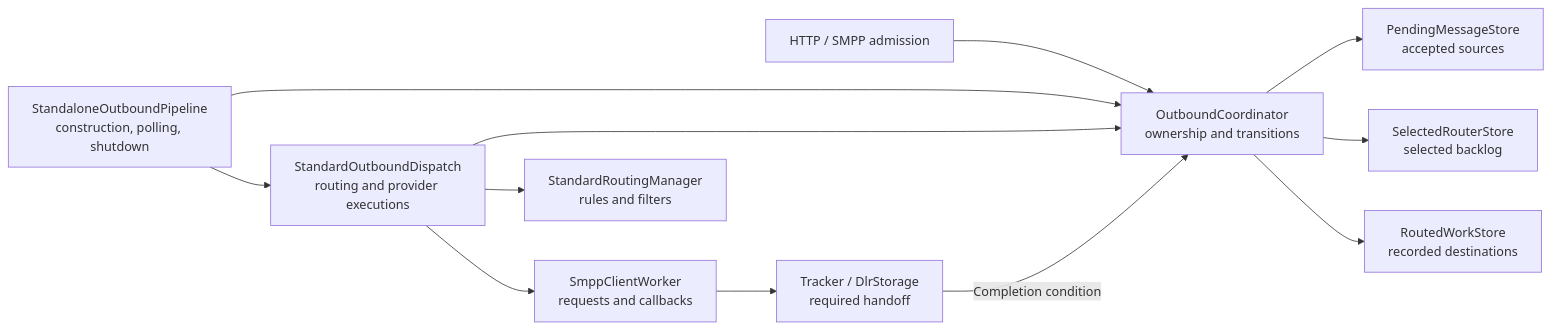
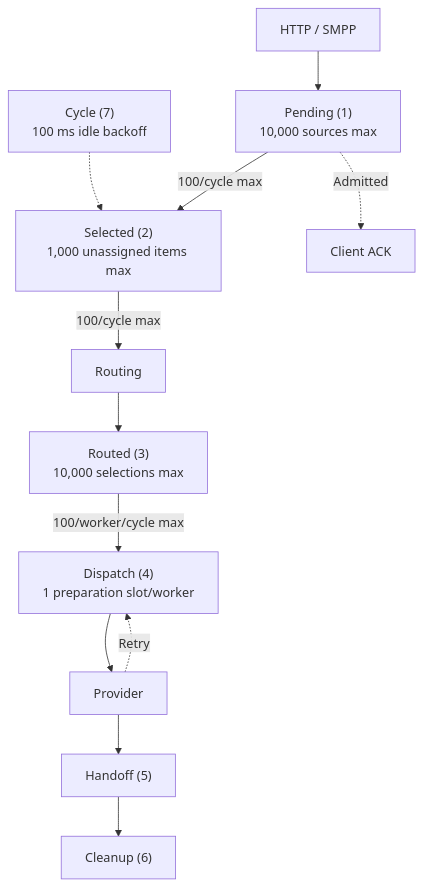
The first of 4 diagrams in docs/14-outbound-storage.md (cytechmobile/sendium), drawn with Mermaid before and after one commit. The commit also changed other lines of this file, not shown here.

Commit message:
docs: clarify outbound storage flow and stage limits

````diff
--- a/docs/14-outbound-storage.md
+++ b/docs/14-outbound-storage.md
@@ -16,14 +17,15 @@
 ```mermaid
-flowchart LR
-    ingress["HTTP / SMPP admission"] --> coordinator["OutboundCoordinator<br/>ownership and transitions"]
-    pipeline["StandaloneOutboundPipeline<br/>construction, polling, shutdown"] --> coordinator
-    pipeline --> dispatch["StandardOutboundDispatch<br/>routing and provider executions"]
-    dispatch --> coordinator
-    dispatch --> routing["StandardRoutingManager<br/>rules and filters"]
-    dispatch --> provider["SmppClientWorker<br/>requests and callbacks"]
-    provider --> handoff["Tracker / DlrStorage<br/>required handoff"]
-    handoff -->|Completion condition| coordinator
-    coordinator --> pending["PendingMessageStore<br/>accepted sources"]
-    coordinator --> selected["SelectedRouterStore<br/>selected backlog"]
-    coordinator --> routed["RoutedWorkStore<br/>recorded destinations"]
+flowchart TB
+    ingress["HTTP / SMPP"]
+    cycle["Cycle (7)<br/>100 ms idle backoff"] -.-> selected
+    ingress --> pending["Pending (1)<br/>10,000 sources max"]
+    pending -. "Admitted" .-> ack["Client ACK"]
+    pending -->|"100/cycle max"| selected["Selected (2)<br/>1,000 unassigned items max"]
+    selected -->|"100/cycle max"| routing["Routing"]
+    routing --> routed["Routed (3)<br/>10,000 selections max"]
+    routed -->|"100/worker/cycle max"| dispatch["Dispatch (4)<br/>1 preparation slot/worker"]
+    dispatch --> provider["Provider"]
+    provider -. "Retry" .-> dispatch
+    provider --> handoff["Handoff (5)"]
+    handoff --> cleanup["Cleanup (6)"]
 ```
````
